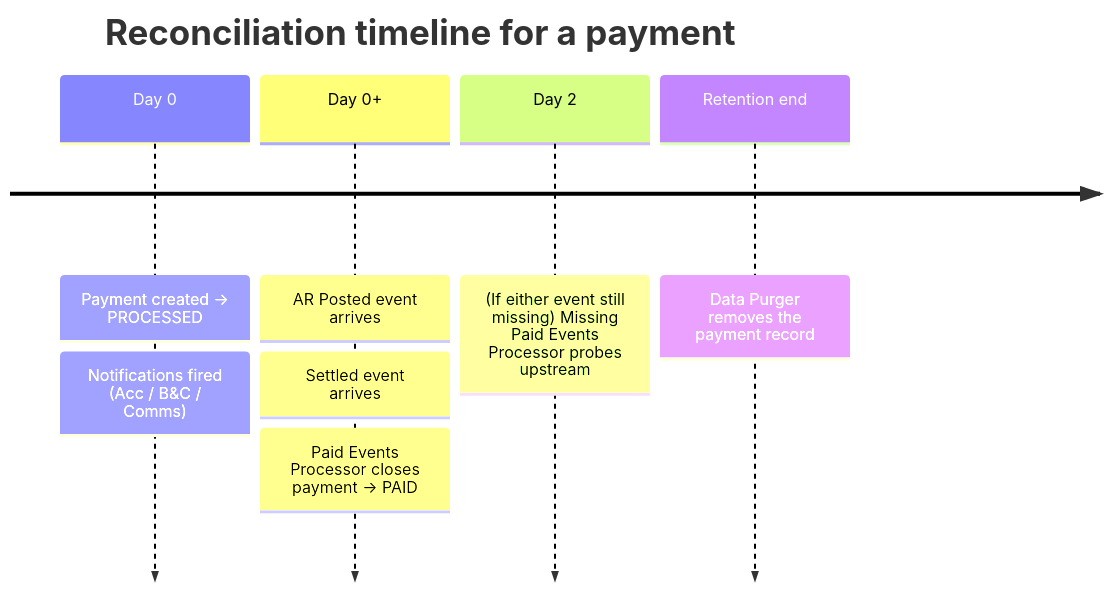
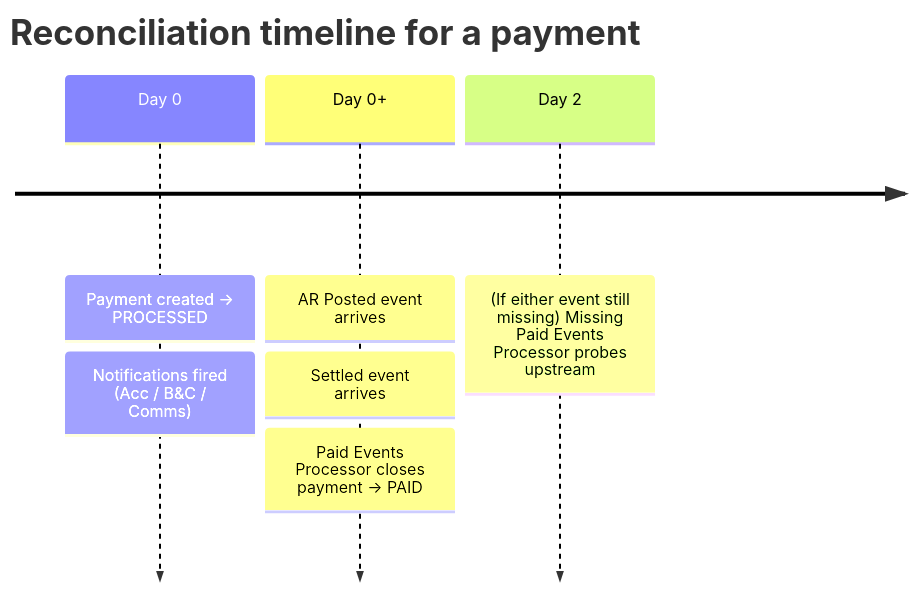
One commit to arunav-bhattacharya/billpay-docs changed the second of 2 diagrams in docs/design/journeys/schedulers.md. Above: the diagram before and after it, drawn with Mermaid. The commit also changed other lines of this file and 28 other files, not shown here.

````diff
--- a/docs/design/journeys/schedulers.md
+++ b/docs/design/journeys/schedulers.md
@@ -85,11 +92,10 @@
 ```mermaid
 timeline
   title Reconciliation timeline for a payment
   Day 0 : Payment created → PROCESSED
         : Notifications fired (Acc / B&C / Comms)
   Day 0+ : AR Posted event arrives
          : Settled event arrives
          : Paid Events Processor closes payment → PAID
   Day 2  : (If either event still missing) Missing Paid Events Processor probes upstream
-  Retention end : Data Purger removes the payment record
 ```
````
